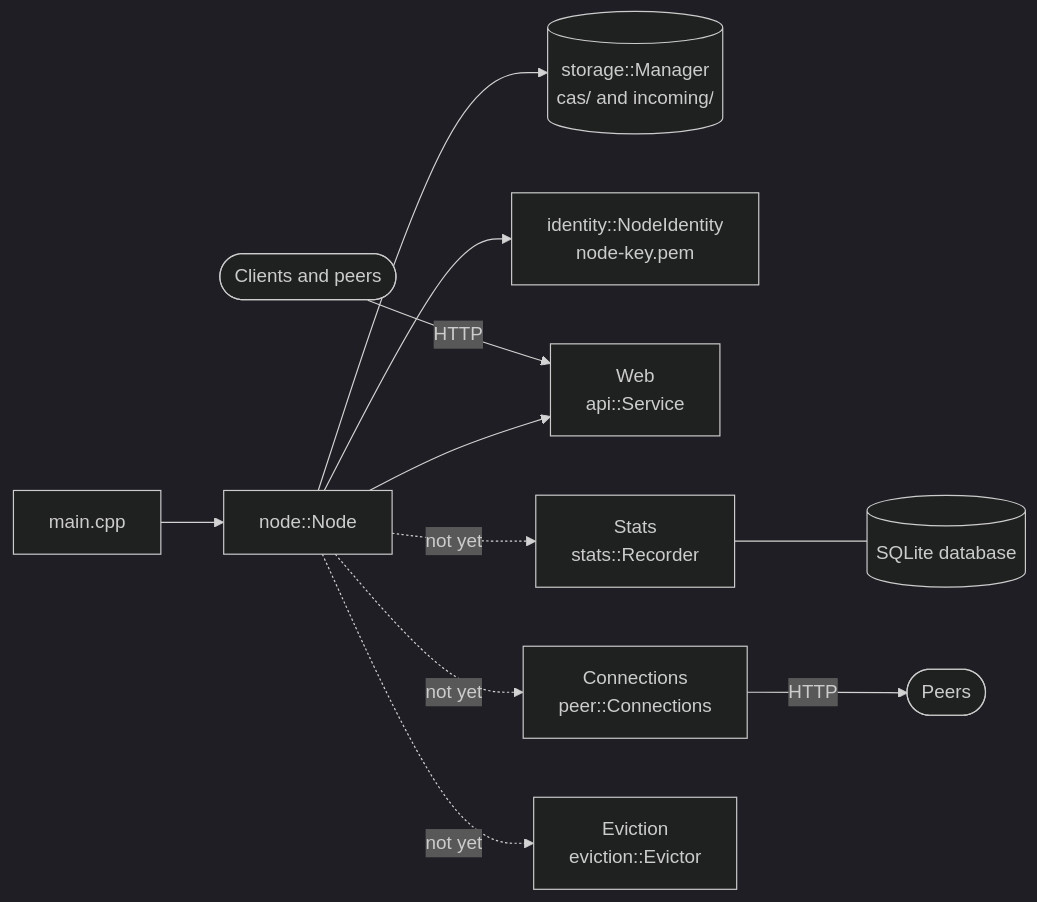
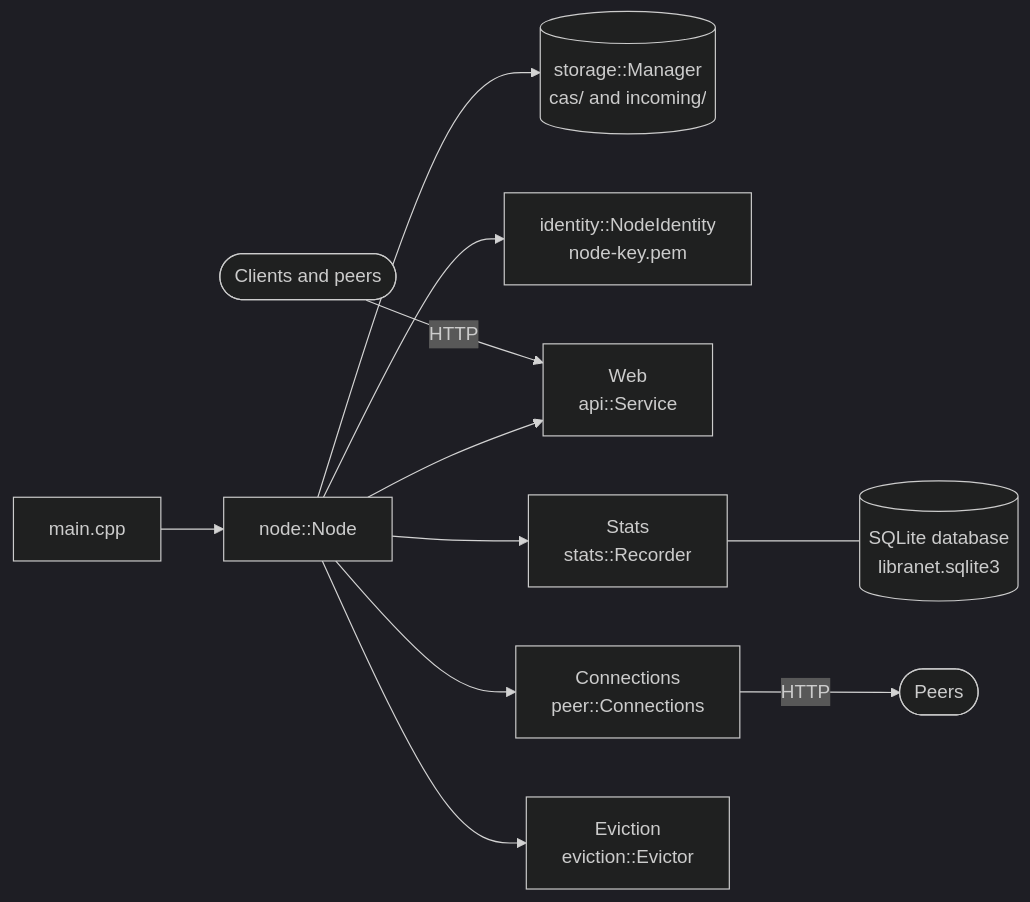
One commit to marcpage/libranet changed the first of 17 diagrams in cpp/docs/Overview.md. Above: the diagram before and after it, drawn with Mermaid (dark theme). The commit also changed other lines of this file and 2 other files, not shown here.

````diff
--- a/cpp/docs/Overview.md
+++ b/cpp/docs/Overview.md
@@ -66,13 +73,13 @@
 ```mermaid
 flowchart LR
     main["main.cpp"] --> Node["node::Node"]
     Node --> Store[("storage::Manager<br/>cas/ and incoming/")]
     Node --> Identity["identity::NodeIdentity<br/>node-key.pem"]
     Node --> Web["Web<br/>api::Service"]
-    Node -. "not yet" .-> Stats["Stats<br/>stats::Recorder"]
-    Node -. "not yet" .-> Conn["Connections<br/>peer::Connections"]
-    Node -. "not yet" .-> Evict["Eviction<br/>eviction::Evictor"]
+    Node --> Stats["Stats<br/>stats::Recorder"]
+    Node --> Conn["Connections<br/>peer::Connections"]
+    Node --> Evict["Eviction<br/>eviction::Evictor"]
     Clients(["Clients and peers"]) -- "HTTP" --> Web
     Conn -- "HTTP" --> Peers(["Peers"])
-    Stats --- DB[("SQLite database")]
+    Stats --- DB[("SQLite database<br/>libranet.sqlite3")]
 ```
````
